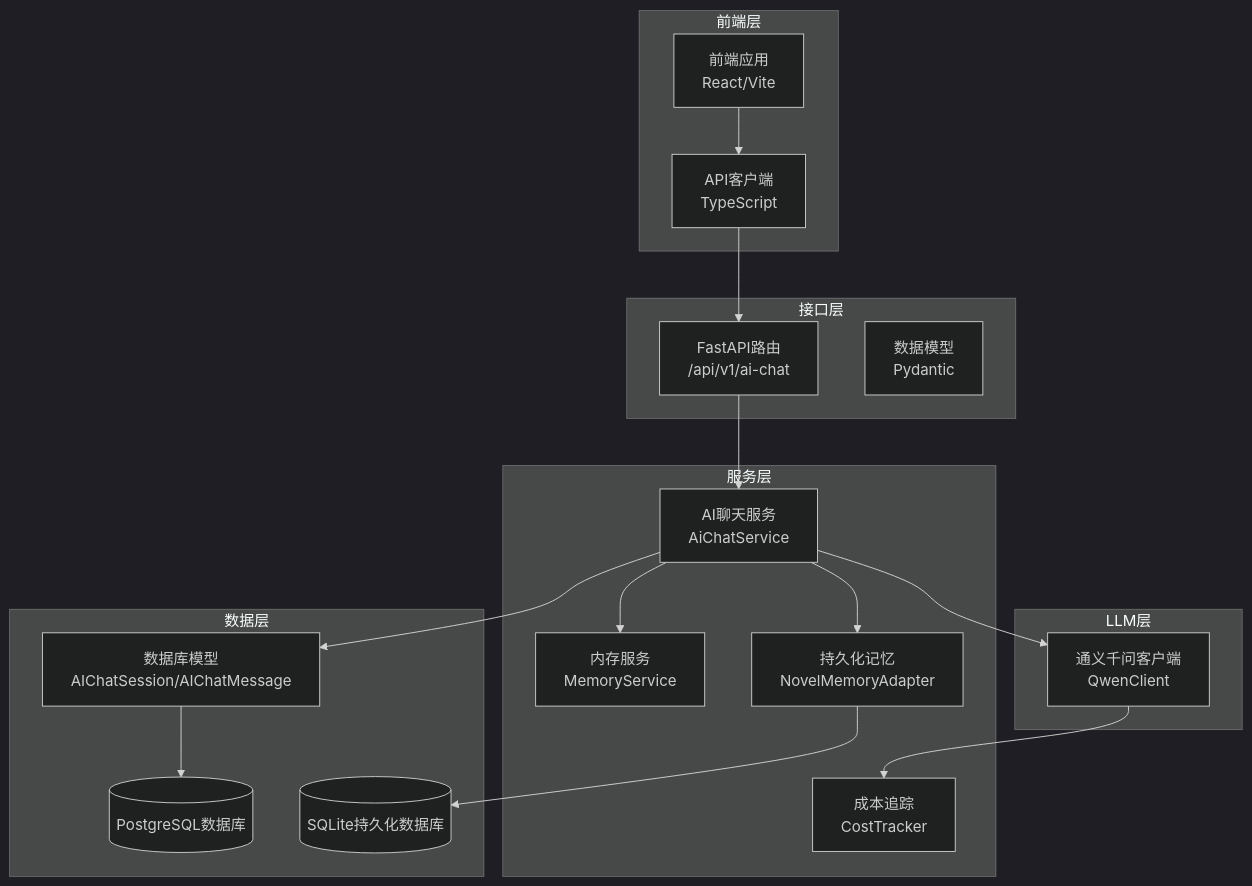
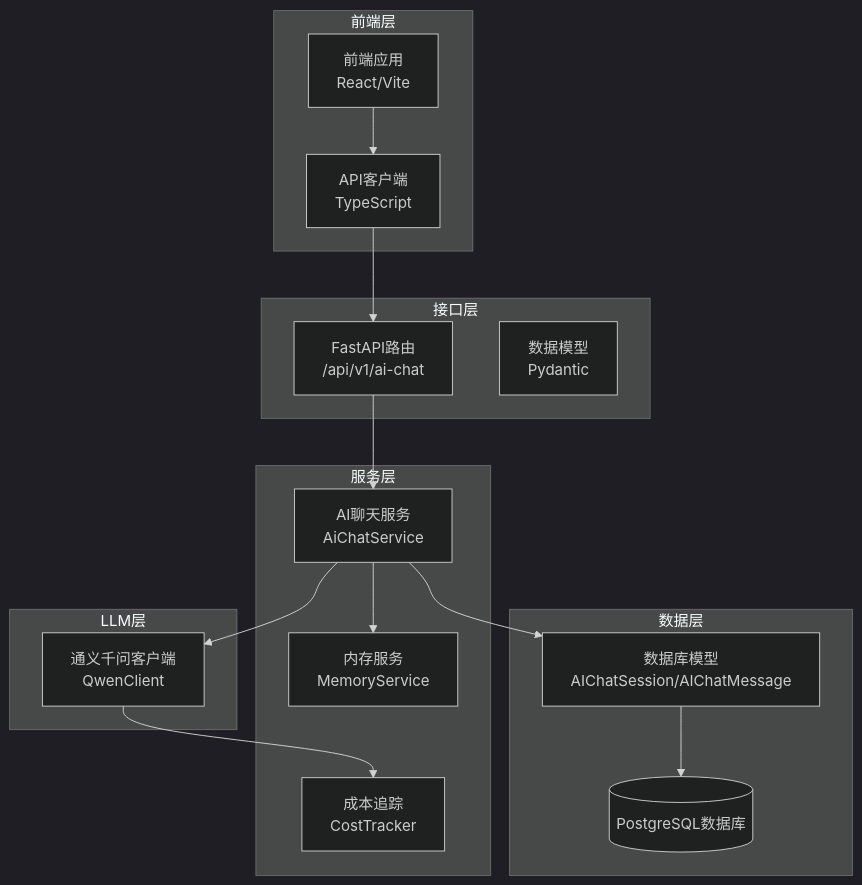
The first of 18 diagrams in .qoder/repowiki/zh/content/Ai Chat Service.md (xfbyxq/ai-novel-system), drawn with Mermaid (dark theme) before and after one commit. The commit also changed other lines of this file and 38 other files, not shown here.

````diff
--- a/.qoder/repowiki/zh/content/Ai Chat Service.md
+++ b/.qoder/repowiki/zh/content/Ai Chat Service.md
@@ -48,35 +48,31 @@
 ```mermaid
 graph TB
 subgraph "前端层"
 FE[前端应用<br/>React/Vite]
 API[API客户端<br/>TypeScript]
 end
 subgraph "接口层"
 Router[FastAPI路由<br/>/api/v1/ai-chat]
 Schemas[数据模型<br/>Pydantic]
 end
 subgraph "服务层"
 Service[AI聊天服务<br/>AiChatService]
 Memory[内存服务<br/>MemoryService]
-PersistentMemory[持久化记忆<br/>NovelMemoryAdapter]
 Cost[成本追踪<br/>CostTracker]
 end
 subgraph "LLM层"
 Qwen[通义千问客户端<br/>QwenClient]
 end
 subgraph "数据层"
 Models[数据库模型<br/>AIChatSession/AIChatMessage]
 DB[(PostgreSQL数据库)]
-PersistentDB[(SQLite持久化数据库)]
 end
 FE --> API
 API --> Router
 Router --> Service
 Service --> Memory
-Service --> PersistentMemory
 Service --> Qwen
 Service --> Models
 Models --> DB
-PersistentMemory --> PersistentDB
 Qwen --> Cost
 ```
````
